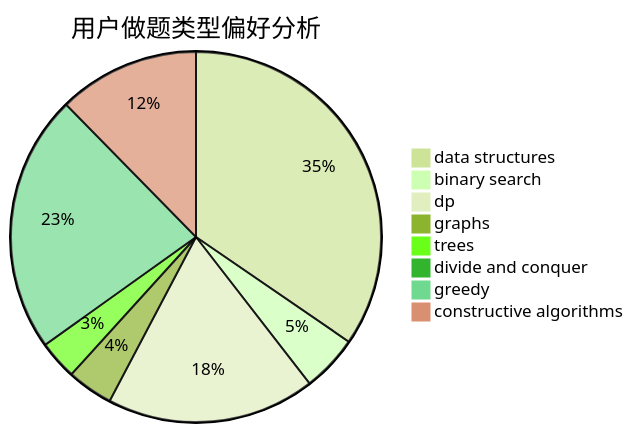
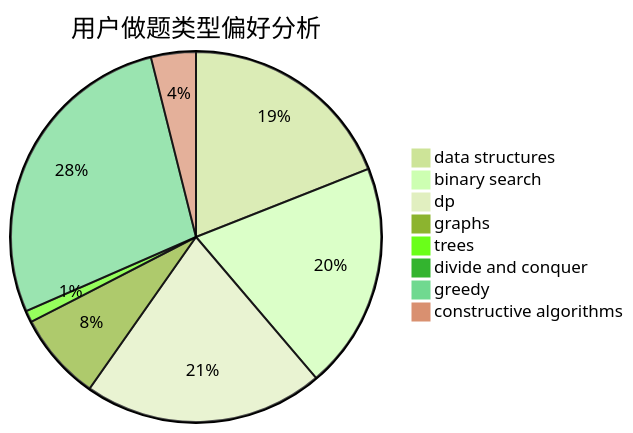
Before and after one commit to sherpahu/cfrs.github.io: the second of 3 diagrams in docs/user/u2141.md, drawn with Mermaid (forest theme). The commit also changed other lines of this file and 2770 other files, not shown here.

````diff
--- a/docs/user/u2141.md
+++ b/docs/user/u2141.md
@@ -23,11 +23,11 @@
 ```mermaid
 pie title 用户做题类型偏好分析
-    "data structures" :  112
-    "binary search" :  16
-    "dp" :  59
-    "graphs" :  13
-    "trees" :  11
+    "data structures" :  408
+    "binary search" :  424
+    "dp" :  450
+    "graphs" :  165
+    "trees" :  22
     "divide and conquer" :  0
-    "greedy" :  73
-    "constructive algorithms" :  40
+    "greedy" :  593
+    "constructive algorithms" :  84
 ```
````
